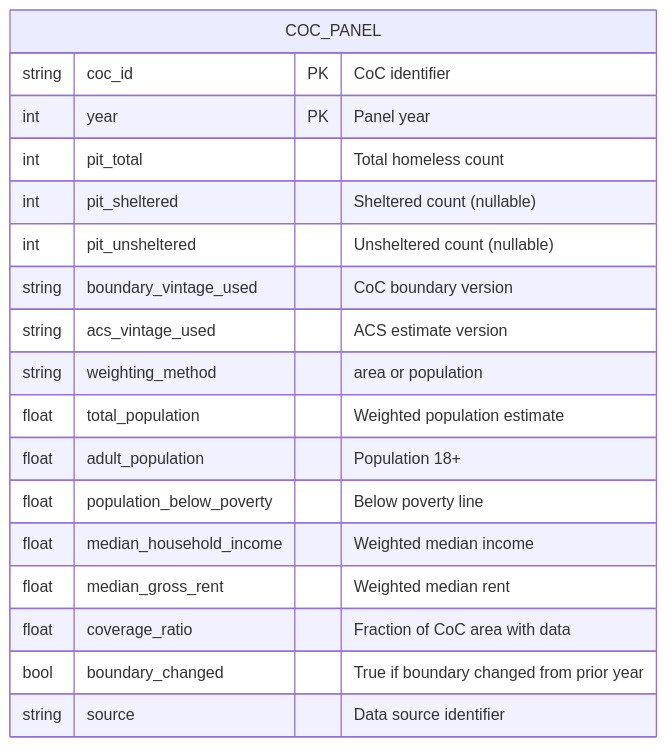
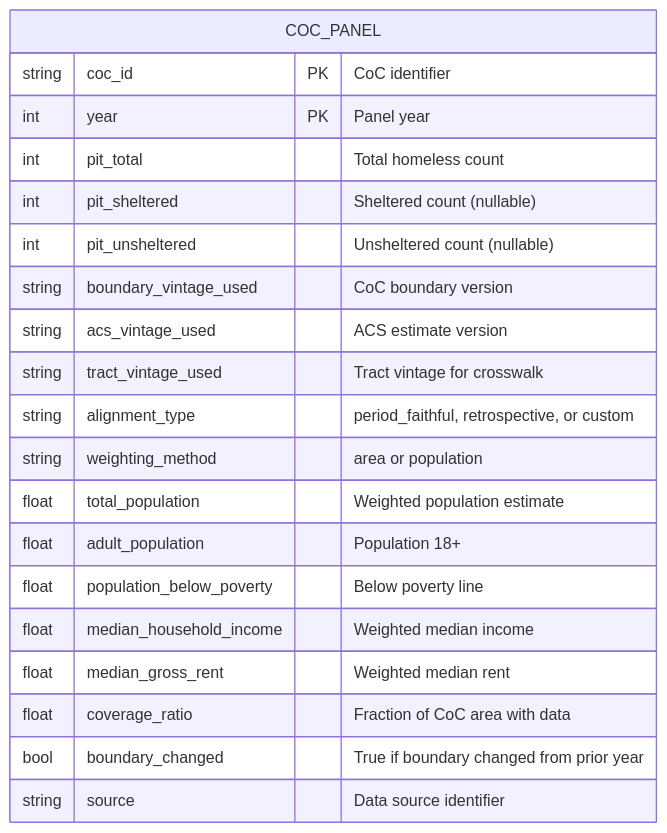
One commit to mlmcconnell1/HHP-Lab changed the seventh of 11 diagrams in manual-obsidian/07-Data-Model.md. Above: the diagram before and after it, drawn with Mermaid. The commit also changed other lines of this file and 12 other files, not shown here.

````diff
--- a/manual-obsidian/07-Data-Model.md
+++ b/manual-obsidian/07-Data-Model.md
@@ -211,21 +211,23 @@
 ```mermaid
 erDiagram
     COC_PANEL {
         string coc_id PK "CoC identifier"
         int year PK "Panel year"
         int pit_total "Total homeless count"
         int pit_sheltered "Sheltered count (nullable)"
         int pit_unsheltered "Unsheltered count (nullable)"
         string boundary_vintage_used "CoC boundary version"
         string acs_vintage_used "ACS estimate version"
+        string tract_vintage_used "Tract vintage for crosswalk"
+        string alignment_type "period_faithful, retrospective, or custom"
         string weighting_method "area or population"
         float total_population "Weighted population estimate"
         float adult_population "Population 18+"
         float population_below_poverty "Below poverty line"
         float median_household_income "Weighted median income"
         float median_gross_rent "Weighted median rent"
         float coverage_ratio "Fraction of CoC area with data"
         bool boundary_changed "True if boundary changed from prior year"
         string source "Data source identifier"
     }
 ```
````
